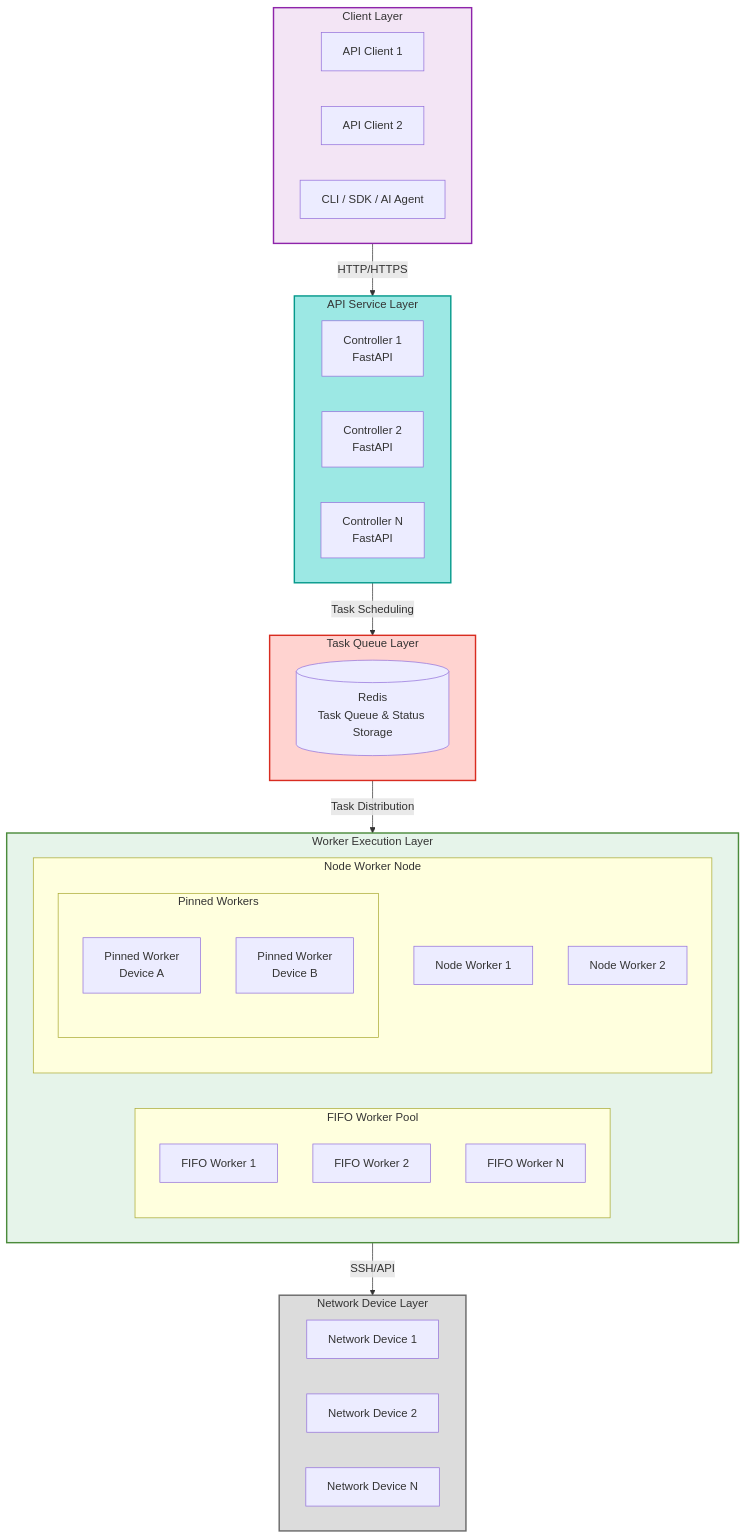
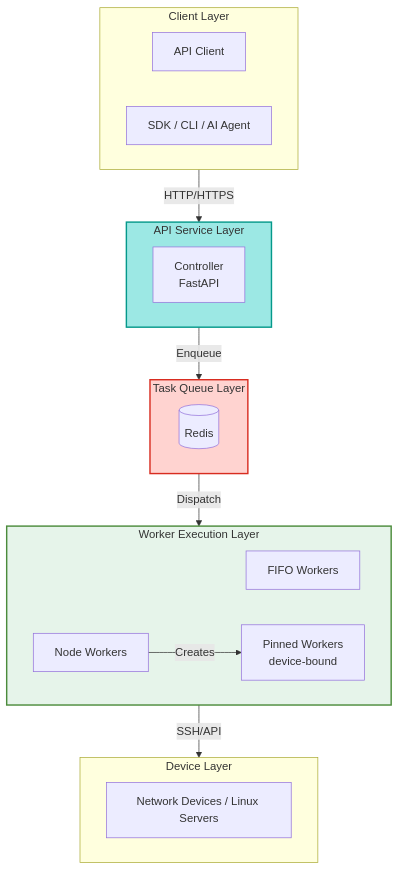
Before and after one commit to scitix/netpulse: the first of 3 diagrams in docs/en/architecture/architecture-overview.md, drawn with Mermaid. The commit also changed other lines of this file and 58 other files, not shown here.

````diff
--- a/docs/en/architecture/architecture-overview.md
+++ b/docs/en/architecture/architecture-overview.md
@@ -23,53 +10,36 @@
 ```mermaid
 flowchart TB
     subgraph Layer1[Client Layer]
-        Client1[API Client 1]
-        Client2[API Client 2]
-        Client3[CLI / SDK / AI Agent]
+        Client1[API Client]
+        Client2[SDK / CLI / AI Agent]
     end
-    
+
     subgraph Layer2[API Service Layer]
-        Controller1[Controller 1<br/>FastAPI]
-        Controller2[Controller 2<br/>FastAPI]
-        Controller3[Controller N<br/>FastAPI]
+        Controller[Controller<br/>FastAPI]
     end
-    
+
     subgraph Layer3[Task Queue Layer]
-        Redis[(Redis<br/>Task Queue & Status Storage)]
+        Redis[(Redis)]
     end
-    
+
     subgraph Layer4[Worker Execution Layer]
-        subgraph FIFO[FIFO Worker Pool]
-            FW1[FIFO Worker 1]
-            FW2[FIFO Worker 2]
-            FWN[FIFO Worker N]
-        end
-        
-        subgraph Node[Node Worker Node]
-            NW1[Node Worker 1]
-            NW2[Node Worker 2]
-            
-            subgraph Pinned1[Pinned Workers]
-                PW1[Pinned Worker<br/>Device A]
-                PW2[Pinned Worker<br/>Device B]
-            end
-        end
+        FIFO[FIFO Workers]
+        Node[Node Workers]
+        Pinned[Pinned Workers<br/>device-bound]
     end
-    
-    subgraph Layer5[Network Device Layer]
-        Device1[Network Device 1]
-        Device2[Network Device 2]
-        DeviceN[Network Device N]
+
+    subgraph Layer5[Device Layer]
+        Devices[Network Devices / Linux Servers]
     end
-    
+
     Layer1 -->|HTTP/HTTPS| Layer2
-    Layer2 -->|Task Scheduling| Layer3
-    Layer3 -->|Task Distribution| Layer4
+    Layer2 -->|Enqueue| Layer3
+    Layer3 -->|Dispatch| Layer4
     Layer4 -->|SSH/API| Layer5
-    
-    style Layer1 fill:#F3E5F5,stroke:#8E24AA,stroke-width:2px
+
+    Node -->|Creates| Pinned
+
     style Layer2 fill:#9ce8e4,stroke:#05998b,stroke-width:2px
     style Layer3 fill:#FFD3D0,stroke:#D82C20,stroke-width:2px
     style Layer4 fill:#E6F4EA,stroke:#4B8B3B,stroke-width:2px
-    style Layer5 fill:#DCDCDC,stroke:#696969,stroke-width:2px
 ```
````
